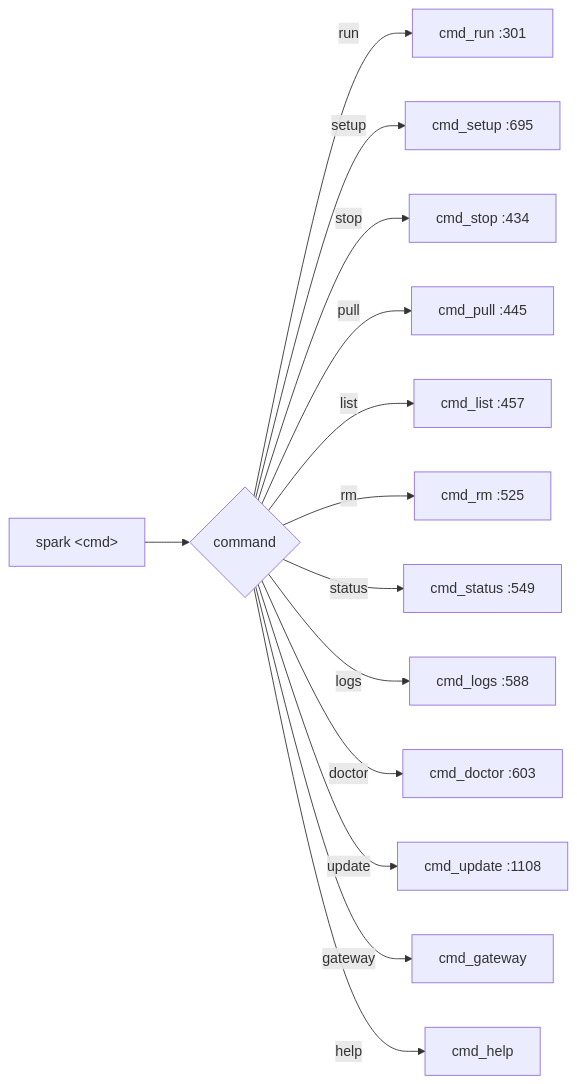
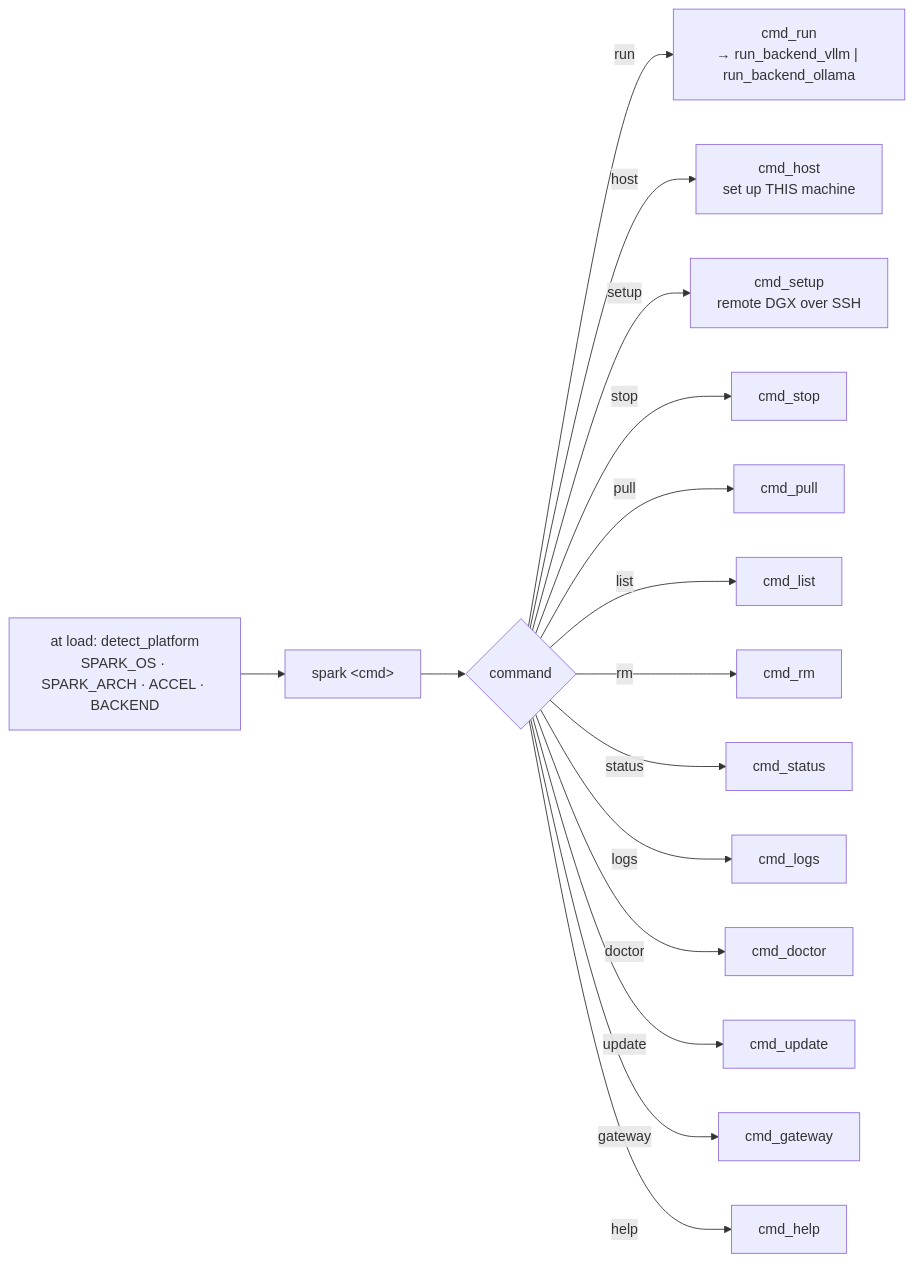
The first of 5 diagrams in docs/flow.md (massimo92/spark), drawn with Mermaid before and after one commit. The commit also changed other lines of this file and 1 other file, not shown here.

First line of the commit message:
docs: document multi-platform serving (vLLM/NVIDIA + Ollama/Mac/CPU)

````diff
--- a/docs/flow.md
+++ b/docs/flow.md
@@ -7,16 +7,18 @@
 ```mermaid
 flowchart LR
+    load["at load: detect_platform\nSPARK_OS · SPARK_ARCH · ACCEL · BACKEND"] --> start
     start["spark &lt;cmd&gt;"] --> dispatch{command}
-    dispatch -->|run| run["cmd_run :301"]
-    dispatch -->|setup| setup["cmd_setup :695"]
-    dispatch -->|stop| stop["cmd_stop :434"]
-    dispatch -->|pull| pull["cmd_pull :445"]
-    dispatch -->|list| list["cmd_list :457"]
-    dispatch -->|rm| rm["cmd_rm :525"]
-    dispatch -->|status| status["cmd_status :549"]
-    dispatch -->|logs| logs["cmd_logs :588"]
-    dispatch -->|doctor| doctor["cmd_doctor :603"]
-    dispatch -->|update| update["cmd_update :1108"]
+    dispatch -->|run| run["cmd_run\n→ run_backend_vllm | run_backend_ollama"]
+    dispatch -->|host| host["cmd_host\nset up THIS machine"]
+    dispatch -->|setup| setup["cmd_setup\nremote DGX over SSH"]
+    dispatch -->|stop| stop["cmd_stop"]
+    dispatch -->|pull| pull["cmd_pull"]
+    dispatch -->|list| list["cmd_list"]
+    dispatch -->|rm| rm["cmd_rm"]
+    dispatch -->|status| status["cmd_status"]
+    dispatch -->|logs| logs["cmd_logs"]
+    dispatch -->|doctor| doctor["cmd_doctor"]
+    dispatch -->|update| update["cmd_update"]
     dispatch -->|gateway| gateway["cmd_gateway"]
     dispatch -->|help| help["cmd_help"]
 ```
````
